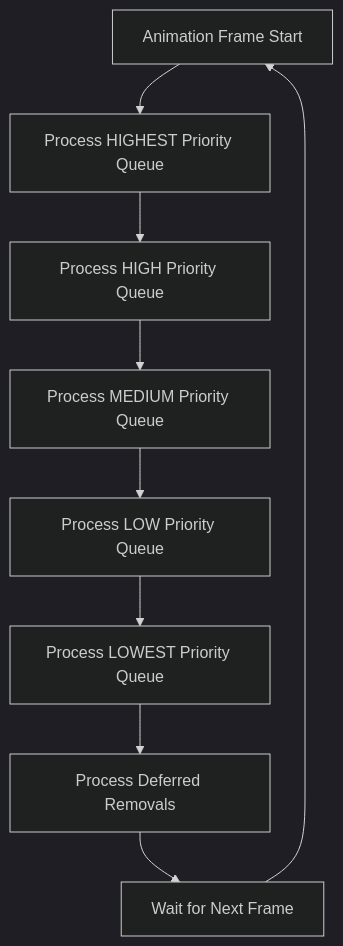
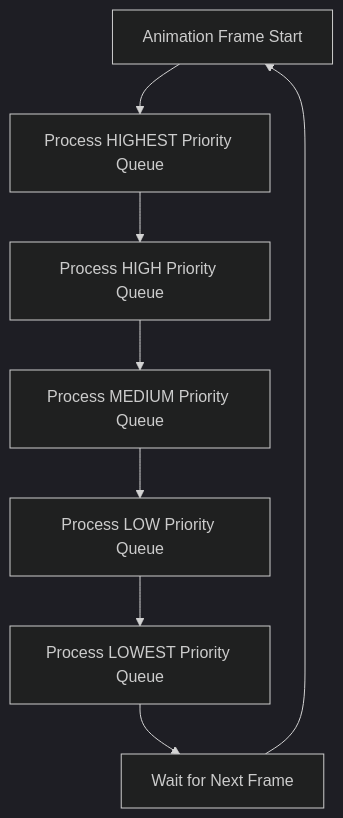
The fourth of 7 diagrams in packages/graph/docs/system/scheduler-system.md (gravity-ui/graph), drawn with Mermaid (dark theme) before and after one commit. The commit also changed other lines of this file and 25 other files, not shown here.

First line of the commit message:
fix(graph)!: let the graph drive its layers and keep graphs collectable (#395)

````diff
--- a/packages/graph/docs/system/scheduler-system.md
+++ b/packages/graph/docs/system/scheduler-system.md
@@ -217,11 +247,10 @@
 ```mermaid
 flowchart TD
     A[Animation Frame Start] --> B[Process HIGHEST Priority Queue]
     B --> C[Process HIGH Priority Queue]
     C --> D[Process MEDIUM Priority Queue]
     D --> E[Process LOW Priority Queue]
     E --> F[Process LOWEST Priority Queue]
-    F --> G[Process Deferred Removals]
-    G --> H[Wait for Next Frame]
+    F --> H[Wait for Next Frame]
     H --> A
 ```
````
